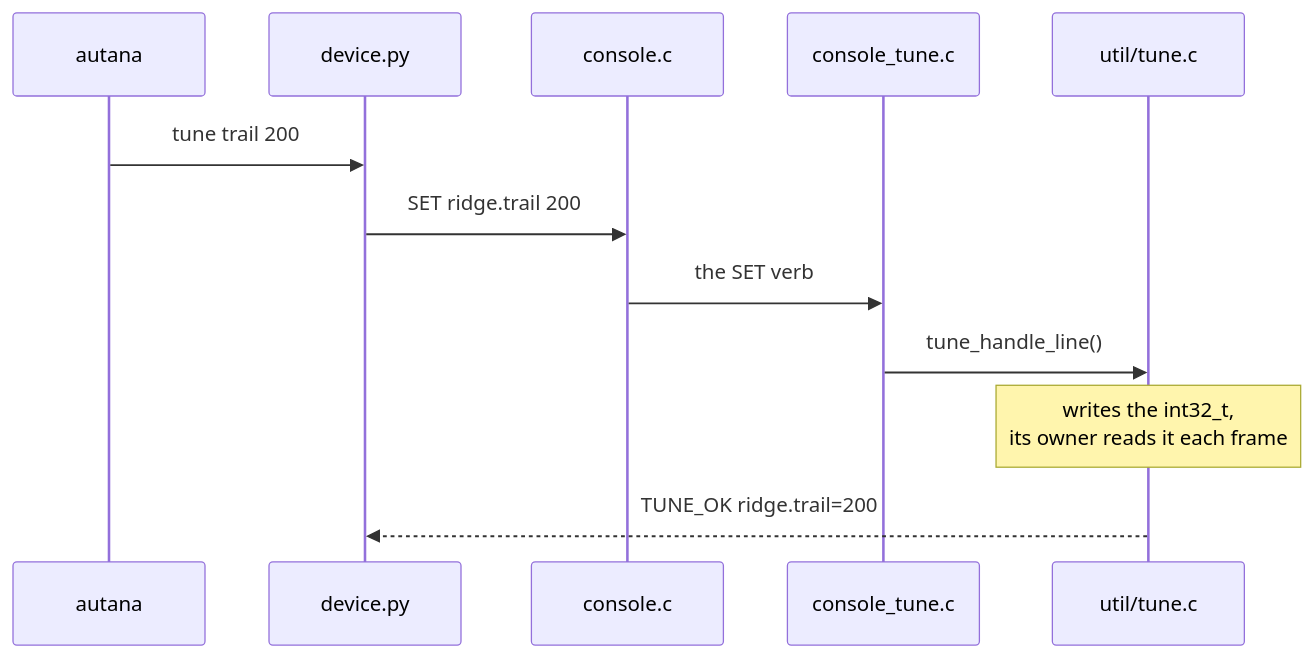
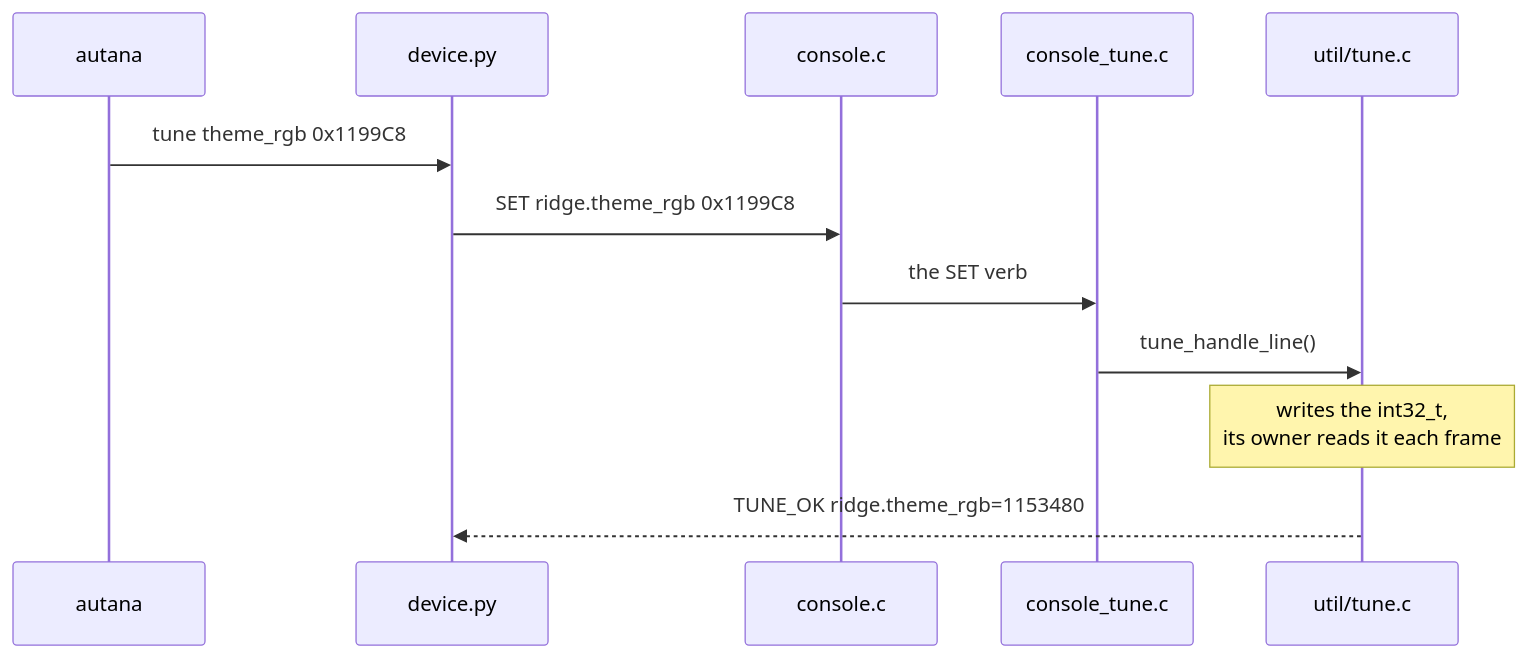
Before and after one commit to jose-villegas/autana: the diagram in docs/tools/Live-Tuning.md, drawn with Mermaid. The commit also changed other lines of this file and 22 other files, not shown here.

````diff
--- a/docs/tools/Live-Tuning.md
+++ b/docs/tools/Live-Tuning.md
@@ -54,14 +53,14 @@
 ```mermaid
 sequenceDiagram
     participant T as autana
     participant D as device.py
     participant C as console.c
     participant S as console_tune.c
     participant R as util/tune.c
-    T->>D: tune trail 200
-    D->>C: SET ridge.trail 200
+    T->>D: tune theme_rgb 0x1199C8
+    D->>C: SET ridge.theme_rgb 0x1199C8
     C->>S: the SET verb
     S->>R: tune_handle_line()
     Note over R: writes the int32_t,<br/>its owner reads it each frame
-    R-->>D: TUNE_OK ridge.trail=200
+    R-->>D: TUNE_OK ridge.theme_rgb=1153480
 ```
````
